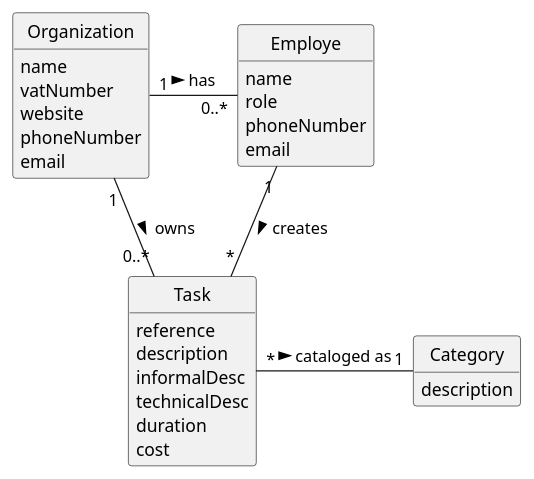
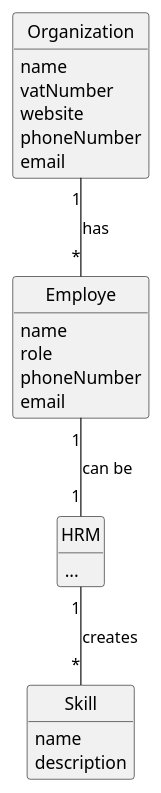
The diagram in docs/sprintA/us001/02.analysis/puml/us006-domain-model.puml (Departamento-de-Engenharia-Informatica/greenspace-management), drawn with PlantUML before and after one commit. The commit also changed 8 other files, not shown here.

Commit message:
US01 excerpt diagram / small domain model correction

```diff
--- a/docs/sprintA/us001/02.analysis/puml/us006-domain-model.puml
+++ b/docs/sprintA/us001/02.analysis/puml/us006-domain-model.puml
@@ -1,61 +1,47 @@
 @startuml
 skinparam monochrome true
 skinparam packageStyle rectangle
 skinparam shadowing false
 
 'left to right direction
 
 skinparam classAttributeIconSize 0
 
 hide circle
 hide methods
 
 'title Domain Model
 
 'class Platform {
 '  -description
 '}
 
 class Organization {
     name
     vatNumber
     website
     phoneNumber
     email
 }
 
-class Task {
-    reference
-    description
-    informalDesc
-    technicalDesc
-    duration
-    cost
-}
-
-class Category {
-    description
-}
 
 class Employe {
     name
     role
     phoneNumber
     email
 }
 
-'class User {
-'    name
-'    email
-'    password
-'}
+class HRM {
+    ...
+}
+class Skill {
+    name
+    description
+}
 
-'Platform "1" -- "*" Organization : has registered >
-'Platform "1" -- "*" Category : defines >
-Organization "1" - "0..*" Employe : has >
-Organization "1" - "0..*" Task: owns >
-'Task "*" -- "1" Employee: created by >
-Employe "1" -- "*" Task : creates >
-'Employee "0..1" -- "1" User: acts as >
-Task "*" - "1" Category: cataloged as >
+Organization "1" -- "*" Employe : has
+Employe "1" -- "1" HRM : can be
+HRM "1" -- "*" Skill : creates
+
 @enduml
```
